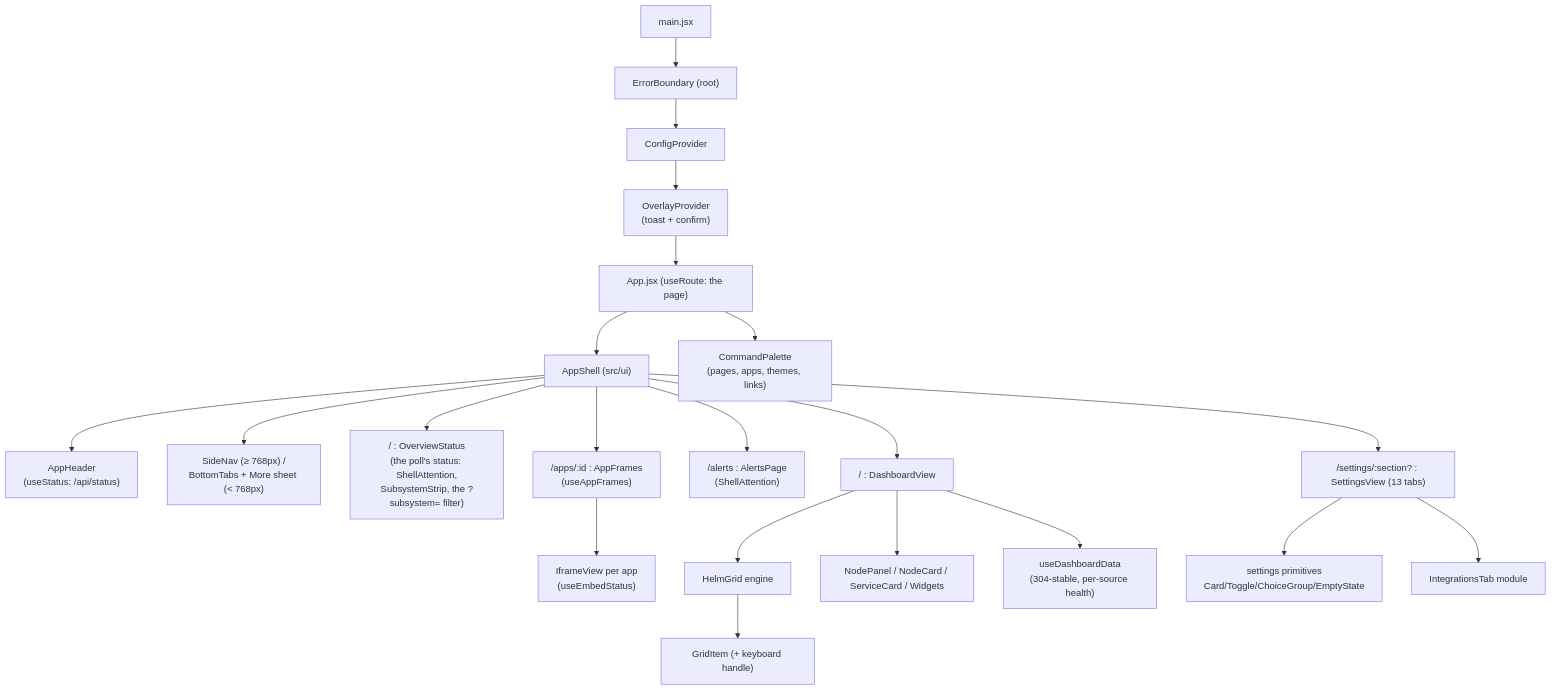
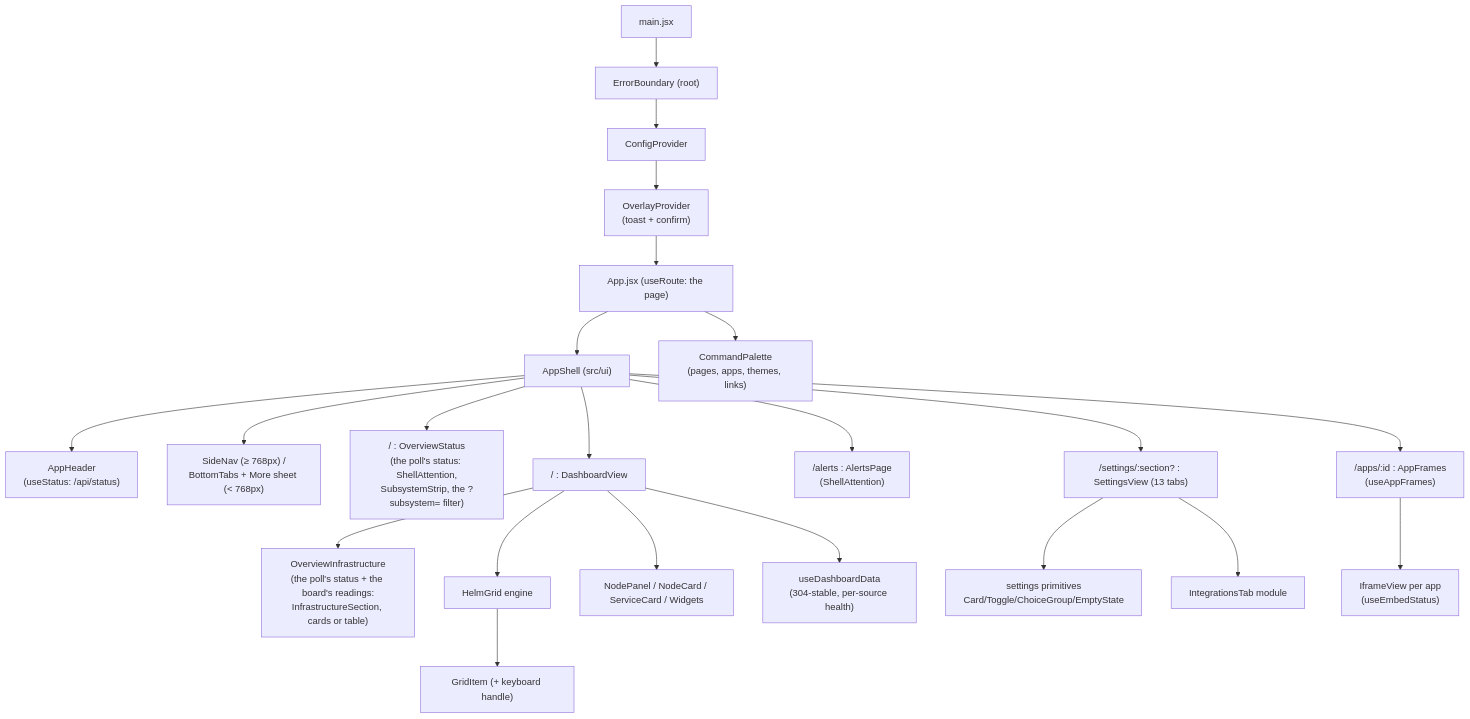
One commit to jagbhandal/jaghelm changed the fourth of 5 diagrams in docs/ARCHITECTURE.md. Above: the diagram before and after it, drawn with Mermaid. The commit also changed other lines of this file and 2 other files, not shown here.

Commit message:
WIP(docs): the Infrastructure section in ARCHITECTURE and DEMO (#299)

````diff
--- a/docs/ARCHITECTURE.md
+++ b/docs/ARCHITECTURE.md
@@ -1224,23 +1229,24 @@
 ```mermaid
 flowchart TD
   MAIN["main.jsx"] --> EB["ErrorBoundary (root)"]
   EB --> CP["ConfigProvider"]
   CP --> OP["OverlayProvider<br/>(toast + confirm)"]
   OP --> APP["App.jsx (useRoute: the page)"]
   APP --> SH["AppShell (src/ui)"]
   SH --> HD["AppHeader<br/>(useStatus: /api/status)"]
   SH --> SN["SideNav (≥ 768px) /<br/>BottomTabs + More sheet (< 768px)"]
   APP --> CPAL["CommandPalette<br/>(pages, apps, themes, links)"]
   SH --> OS["/ : OverviewStatus<br/>(the poll's status: ShellAttention,<br/>SubsystemStrip, the ?subsystem= filter)"]
   SH --> DV["/ : DashboardView"]
+  DV --> OI["OverviewInfrastructure<br/>(the poll's status + the board's readings:<br/>InfrastructureSection, cards or table)"]
   SH --> AP["/alerts : AlertsPage<br/>(ShellAttention)"]
   SH --> SV["/settings/:section? : SettingsView (13 tabs)"]
   SH --> AF["/apps/:id : AppFrames<br/>(useAppFrames)"]
   AF --> IV["IframeView per app<br/>(useEmbedStatus)"]
   DV --> HG["HelmGrid engine"]
   HG --> GI["GridItem (+ keyboard handle)"]
   DV --> NP["NodePanel / NodeCard / ServiceCard / Widgets"]
   DV --> UDD["useDashboardData<br/>(304-stable, per-source health)"]
   SV --> PRIM["settings primitives<br/>Card/Toggle/ChoiceGroup/EmptyState"]
   SV --> ITAB["IntegrationsTab module"]
 ```
````
